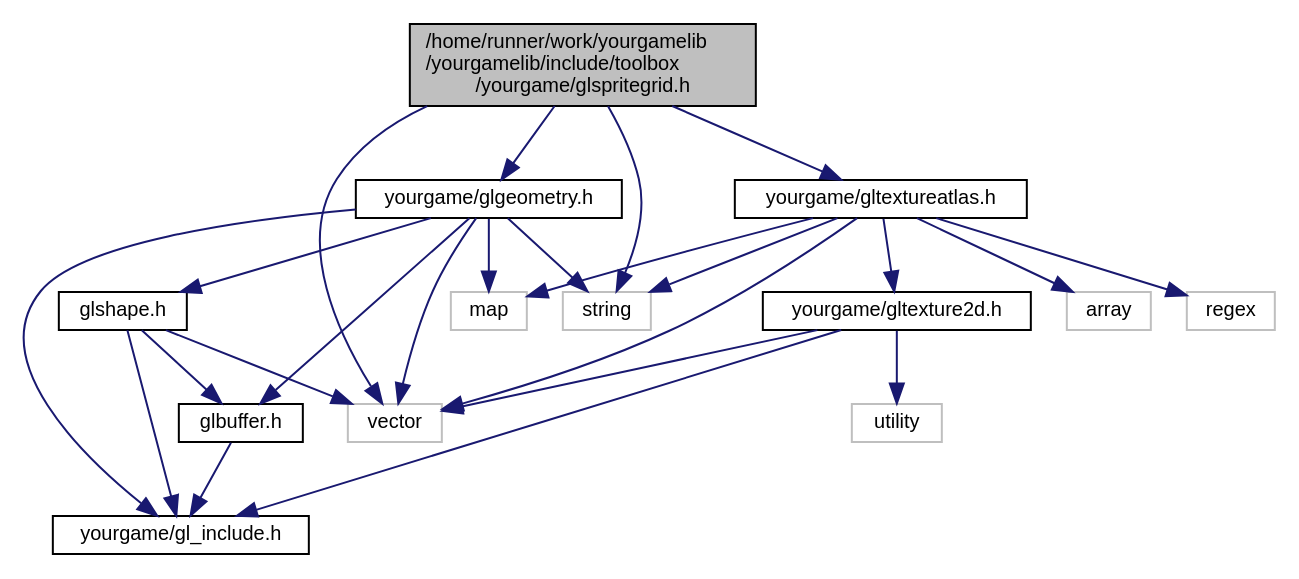
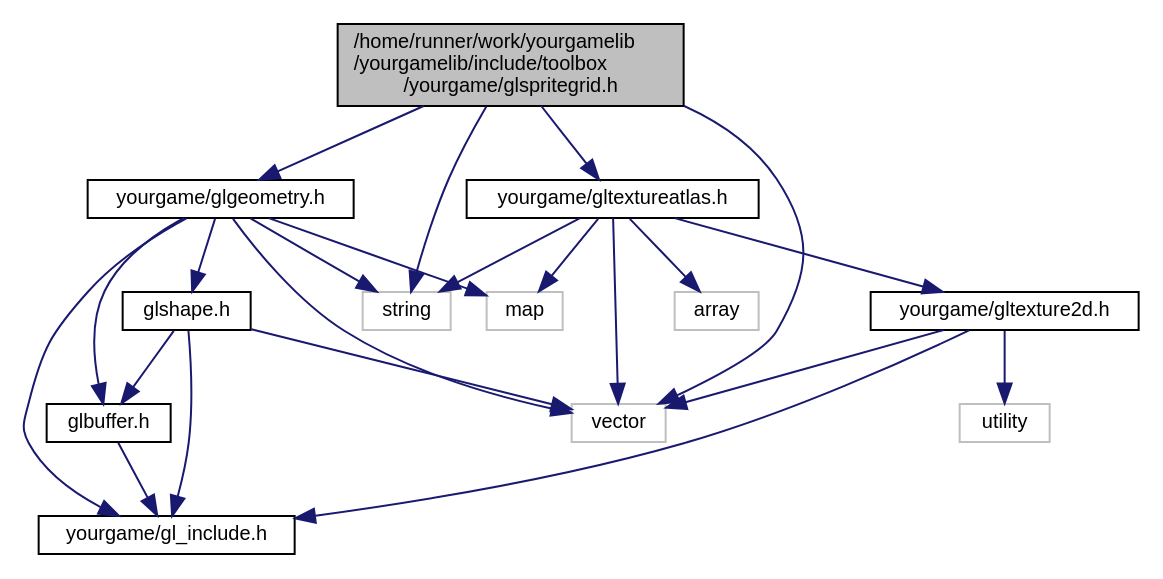
The diagram in glspritegrid_8h__incl.dot (duddel/yourgamelib), drawn with Graphviz before and after one commit. The commit also changed 46 other files, not shown here.

```diff
--- a/glspritegrid_8h__incl.dot
+++ b/glspritegrid_8h__incl.dot
@@ -1,41 +1,39 @@
 digraph "/home/runner/work/yourgamelib/yourgamelib/include/toolbox/yourgame/glspritegrid.h"
 {
   edge [fontname="Helvetica",fontsize="10",labelfontname="Helvetica",labelfontsize="10"];
   node [fontname="Helvetica",fontsize="10",shape=record];
   Node0 [label="/home/runner/work/yourgamelib\l/yourgamelib/include/toolbox\l/yourgame/glspritegrid.h",height=0.2,width=0.4,color="black", fillcolor="grey75", style="filled", fontcolor="black"];
   Node0 -> Node1 [color="midnightblue",fontsize="10",style="solid",fontname="Helvetica"];
   Node1 [label="string",height=0.2,width=0.4,color="grey75", fillcolor="white", style="filled"];
   Node0 -> Node2 [color="midnightblue",fontsize="10",style="solid",fontname="Helvetica"];
   Node2 [label="vector",height=0.2,width=0.4,color="grey75", fillcolor="white", style="filled"];
   Node0 -> Node3 [color="midnightblue",fontsize="10",style="solid",fontname="Helvetica"];
   Node3 [label="yourgame/glgeometry.h",height=0.2,width=0.4,color="black", fillcolor="white", style="filled",URL="$glgeometry_8h.html"];
   Node3 -> Node1 [color="midnightblue",fontsize="10",style="solid",fontname="Helvetica"];
   Node3 -> Node4 [color="midnightblue",fontsize="10",style="solid",fontname="Helvetica"];
   Node4 [label="map",height=0.2,width=0.4,color="grey75", fillcolor="white", style="filled"];
   Node3 -> Node2 [color="midnightblue",fontsize="10",style="solid",fontname="Helvetica"];
   Node3 -> Node5 [color="midnightblue",fontsize="10",style="solid",fontname="Helvetica"];
   Node5 [label="yourgame/gl_include.h",height=0.2,width=0.4,color="black", fillcolor="white", style="filled",URL="$gl__include_8h.html"];
   Node3 -> Node6 [color="midnightblue",fontsize="10",style="solid",fontname="Helvetica"];
   Node6 [label="glbuffer.h",height=0.2,width=0.4,color="black", fillcolor="white", style="filled",URL="$glbuffer_8h.html"];
   Node6 -> Node5 [color="midnightblue",fontsize="10",style="solid",fontname="Helvetica"];
   Node3 -> Node7 [color="midnightblue",fontsize="10",style="solid",fontname="Helvetica"];
   Node7 [label="glshape.h",height=0.2,width=0.4,color="black", fillcolor="white", style="filled",URL="$glshape_8h.html"];
   Node7 -> Node2 [color="midnightblue",fontsize="10",style="solid",fontname="Helvetica"];
   Node7 -> Node5 [color="midnightblue",fontsize="10",style="solid",fontname="Helvetica"];
   Node7 -> Node6 [color="midnightblue",fontsize="10",style="solid",fontname="Helvetica"];
   Node0 -> Node8 [color="midnightblue",fontsize="10",style="solid",fontname="Helvetica"];
   Node8 [label="yourgame/gltextureatlas.h",height=0.2,width=0.4,color="black", fillcolor="white", style="filled",URL="$gltextureatlas_8h.html"];
   Node8 -> Node2 [color="midnightblue",fontsize="10",style="solid",fontname="Helvetica"];
   Node8 -> Node4 [color="midnightblue",fontsize="10",style="solid",fontname="Helvetica"];
   Node8 -> Node9 [color="midnightblue",fontsize="10",style="solid",fontname="Helvetica"];
   Node9 [label="array",height=0.2,width=0.4,color="grey75", fillcolor="white", style="filled"];
   Node8 -> Node1 [color="midnightblue",fontsize="10",style="solid",fontname="Helvetica"];
   Node8 -> Node10 [color="midnightblue",fontsize="10",style="solid",fontname="Helvetica"];
-  Node10 [label="regex",height=0.2,width=0.4,color="grey75", fillcolor="white", style="filled"];
-  Node8 -> Node11 [color="midnightblue",fontsize="10",style="solid",fontname="Helvetica"];
-  Node11 [label="yourgame/gltexture2d.h",height=0.2,width=0.4,color="black", fillcolor="white", style="filled",URL="$gltexture2d_8h.html"];
-  Node11 -> Node2 [color="midnightblue",fontsize="10",style="solid",fontname="Helvetica"];
-  Node11 -> Node12 [color="midnightblue",fontsize="10",style="solid",fontname="Helvetica"];
-  Node12 [label="utility",height=0.2,width=0.4,color="grey75", fillcolor="white", style="filled"];
-  Node11 -> Node5 [color="midnightblue",fontsize="10",style="solid",fontname="Helvetica"];
+  Node10 [label="yourgame/gltexture2d.h",height=0.2,width=0.4,color="black", fillcolor="white", style="filled",URL="$gltexture2d_8h.html"];
+  Node10 -> Node2 [color="midnightblue",fontsize="10",style="solid",fontname="Helvetica"];
+  Node10 -> Node11 [color="midnightblue",fontsize="10",style="solid",fontname="Helvetica"];
+  Node11 [label="utility",height=0.2,width=0.4,color="grey75", fillcolor="white", style="filled"];
+  Node10 -> Node5 [color="midnightblue",fontsize="10",style="solid",fontname="Helvetica"];
 }
```
